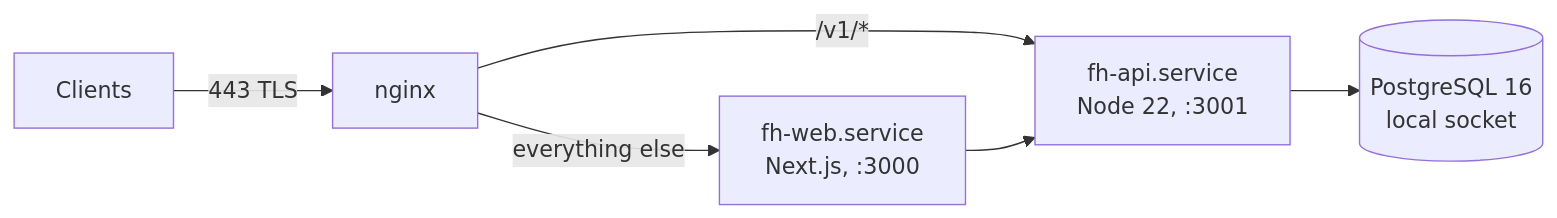
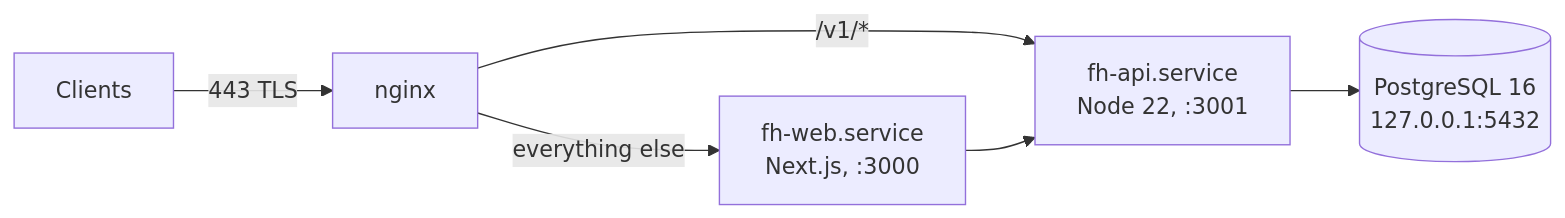
The third of 3 diagrams in docs/design.md (KingCharlesVI/fh-watch), drawn with Mermaid before and after one commit. The commit also changed other lines of this file and 124 other files, not shown here.

````diff
--- a/docs/design.md
+++ b/docs/design.md
@@ -360,8 +369,8 @@
 ```mermaid
 flowchart LR
     C[Clients] -->|443 TLS| N[nginx]
     N -->|/v1/*| A[fh-api.service<br/>Node 22, :3001]
     N -->|everything else| W[fh-web.service<br/>Next.js, :3000]
-    A --> P[(PostgreSQL 16<br/>local socket)]
+    A --> P[(PostgreSQL 16<br/>127.0.0.1:5432)]
     W --> A
 ```
````
